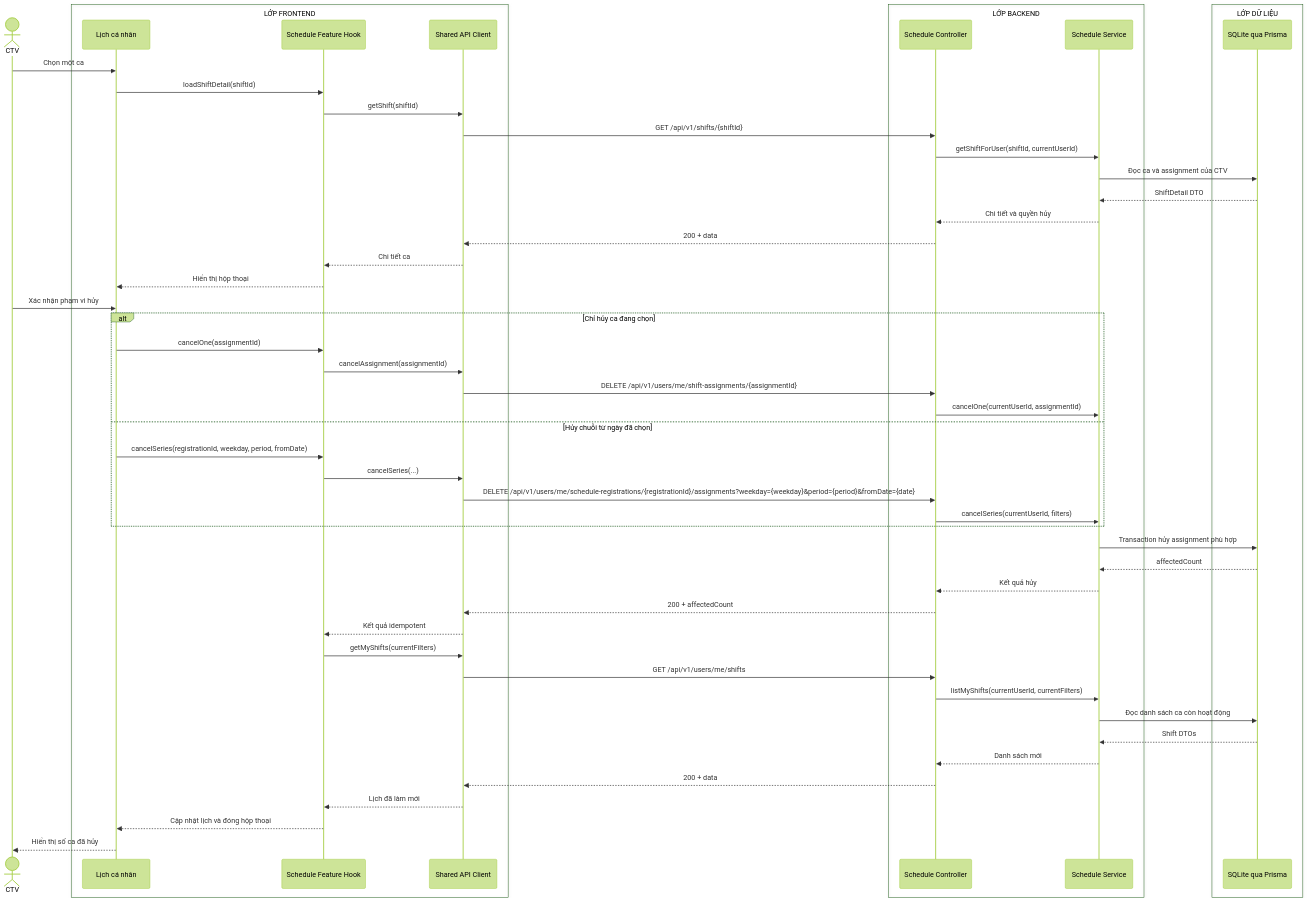
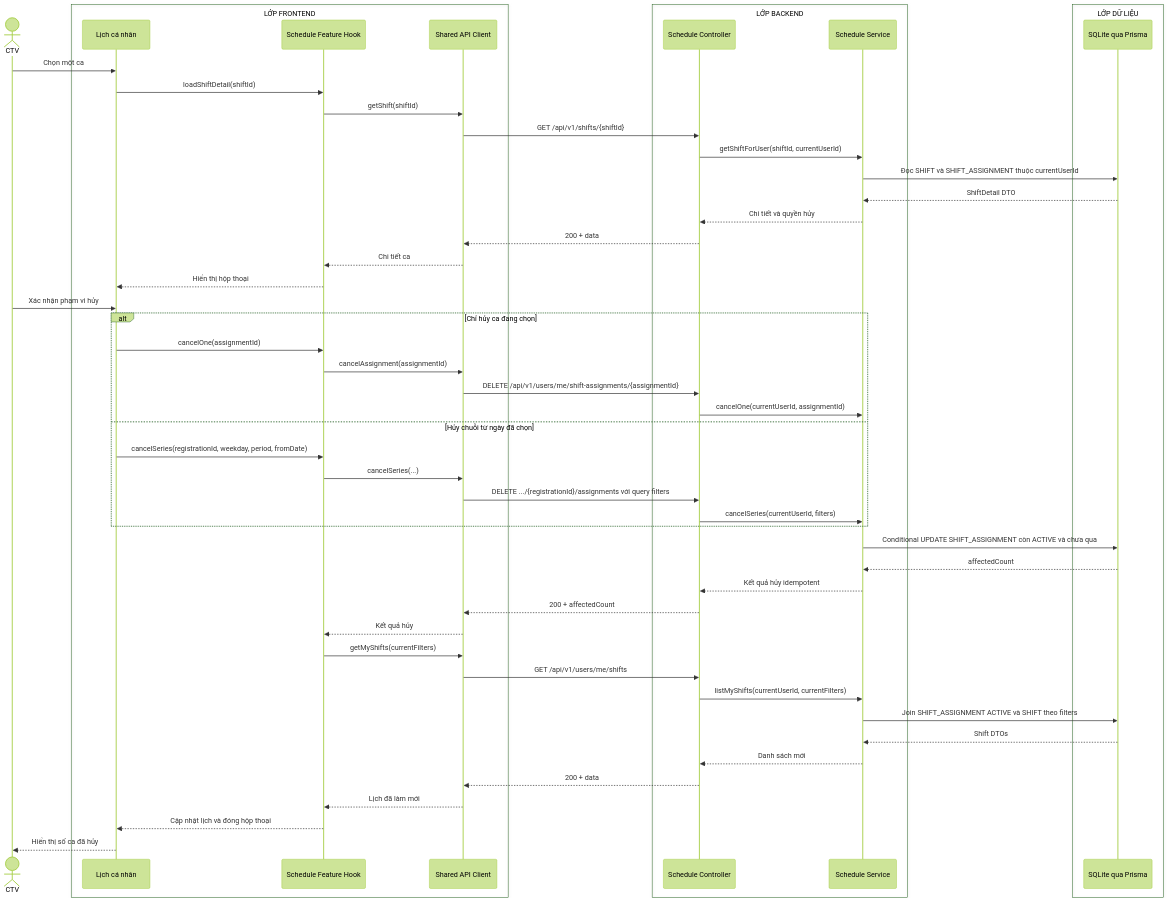
The diagram in docs/sequence-diagrams/06-huy-ca-lam-viec.md (MINHDZVODICH/ctv-manage), drawn with Mermaid (forest theme) before and after one commit. The commit also changed other lines of this file and 227 other files, not shown here.

````diff
--- a/docs/sequence-diagrams/06-huy-ca-lam-viec.md
+++ b/docs/sequence-diagrams/06-huy-ca-lam-viec.md
@@ -5,57 +5,57 @@
 ```mermaid
 sequenceDiagram
     actor U as CTV
     box LỚP FRONTEND
         participant UI as Lịch cá nhân
         participant H as Schedule Feature Hook
         participant API as Shared API Client
     end
     box LỚP BACKEND
         participant C as Schedule Controller
         participant S as Schedule Service
     end
     box LỚP DỮ LIỆU
         participant DB as SQLite qua Prisma
     end
 
     U->>UI: Chọn một ca
     UI->>H: loadShiftDetail(shiftId)
     H->>API: getShift(shiftId)
     API->>C: GET /api/v1/shifts/{shiftId}
     C->>S: getShiftForUser(shiftId, currentUserId)
-    S->>DB: Đọc ca và assignment của CTV
+    S->>DB: Đọc SHIFT và SHIFT_ASSIGNMENT thuộc currentUserId
     DB-->>S: ShiftDetail DTO
     S-->>C: Chi tiết và quyền hủy
     C-->>API: 200 + data
     API-->>H: Chi tiết ca
     H-->>UI: Hiển thị hộp thoại
 
     U->>UI: Xác nhận phạm vi hủy
     alt Chỉ hủy ca đang chọn
         UI->>H: cancelOne(assignmentId)
         H->>API: cancelAssignment(assignmentId)
         API->>C: DELETE /api/v1/users/me/shift-assignments/{assignmentId}
         C->>S: cancelOne(currentUserId, assignmentId)
     else Hủy chuỗi từ ngày đã chọn
         UI->>H: cancelSeries(registrationId, weekday, period, fromDate)
         H->>API: cancelSeries(...)
-        API->>C: DELETE /api/v1/users/me/schedule-registrations/{registrationId}/assignments?weekday={weekday}&period={period}&fromDate={date}
+        API->>C: DELETE .../{registrationId}/assignments với query filters
         C->>S: cancelSeries(currentUserId, filters)
     end
 
-    S->>DB: Transaction hủy assignment phù hợp
+    S->>DB: Conditional UPDATE SHIFT_ASSIGNMENT còn ACTIVE và chưa qua
     DB-->>S: affectedCount
-    S-->>C: Kết quả hủy
+    S-->>C: Kết quả hủy idempotent
     C-->>API: 200 + affectedCount
-    API-->>H: Kết quả idempotent
+    API-->>H: Kết quả hủy
     H->>API: getMyShifts(currentFilters)
     API->>C: GET /api/v1/users/me/shifts
     C->>S: listMyShifts(currentUserId, currentFilters)
-    S->>DB: Đọc danh sách ca còn hoạt động
+    S->>DB: Join SHIFT_ASSIGNMENT ACTIVE và SHIFT theo filters
     DB-->>S: Shift DTOs
     S-->>C: Danh sách mới
     C-->>API: 200 + data
     API-->>H: Lịch đã làm mới
     H-->>UI: Cập nhật lịch và đóng hộp thoại
     UI-->>U: Hiển thị số ca đã hủy
 ```
````
